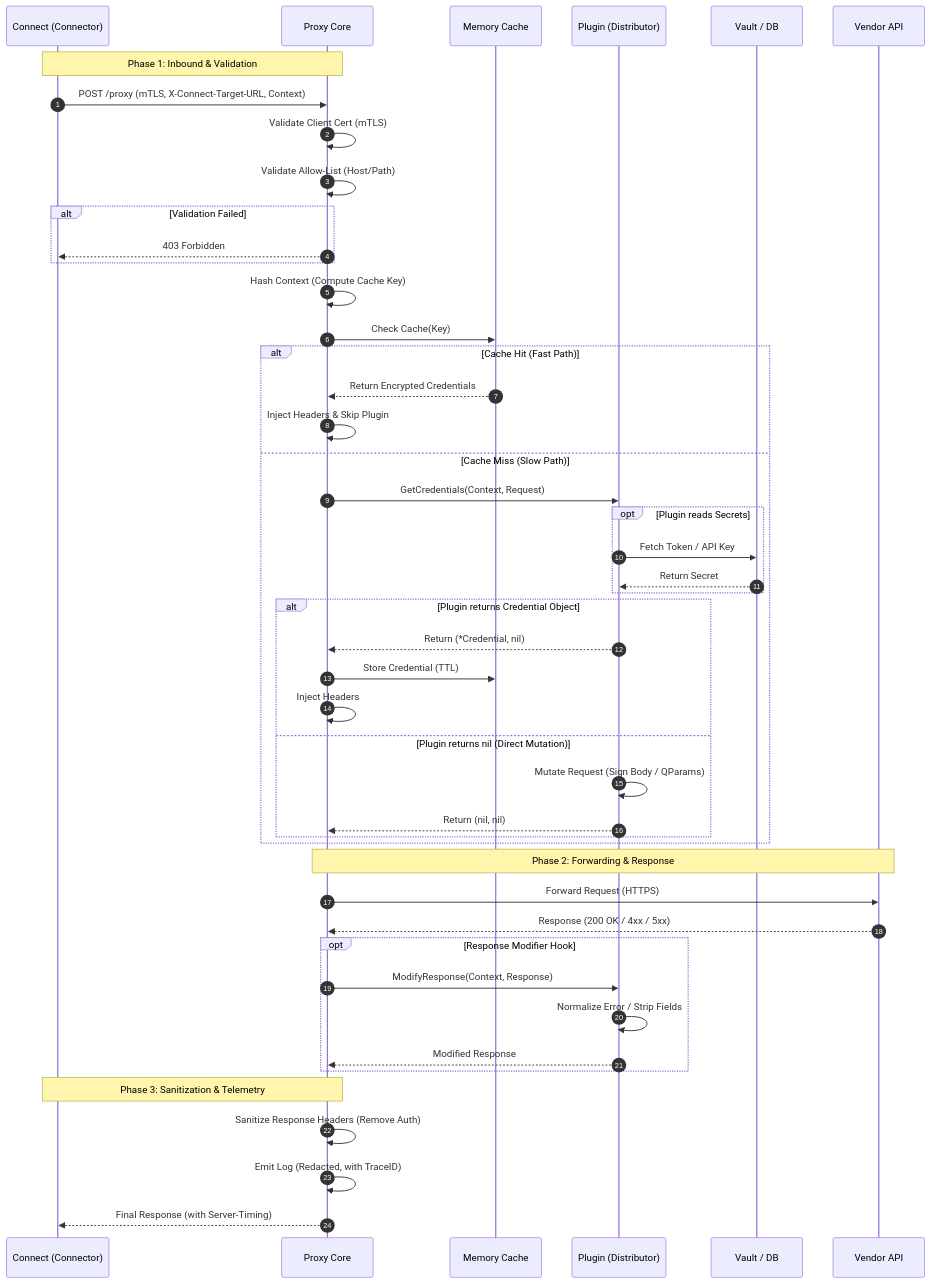
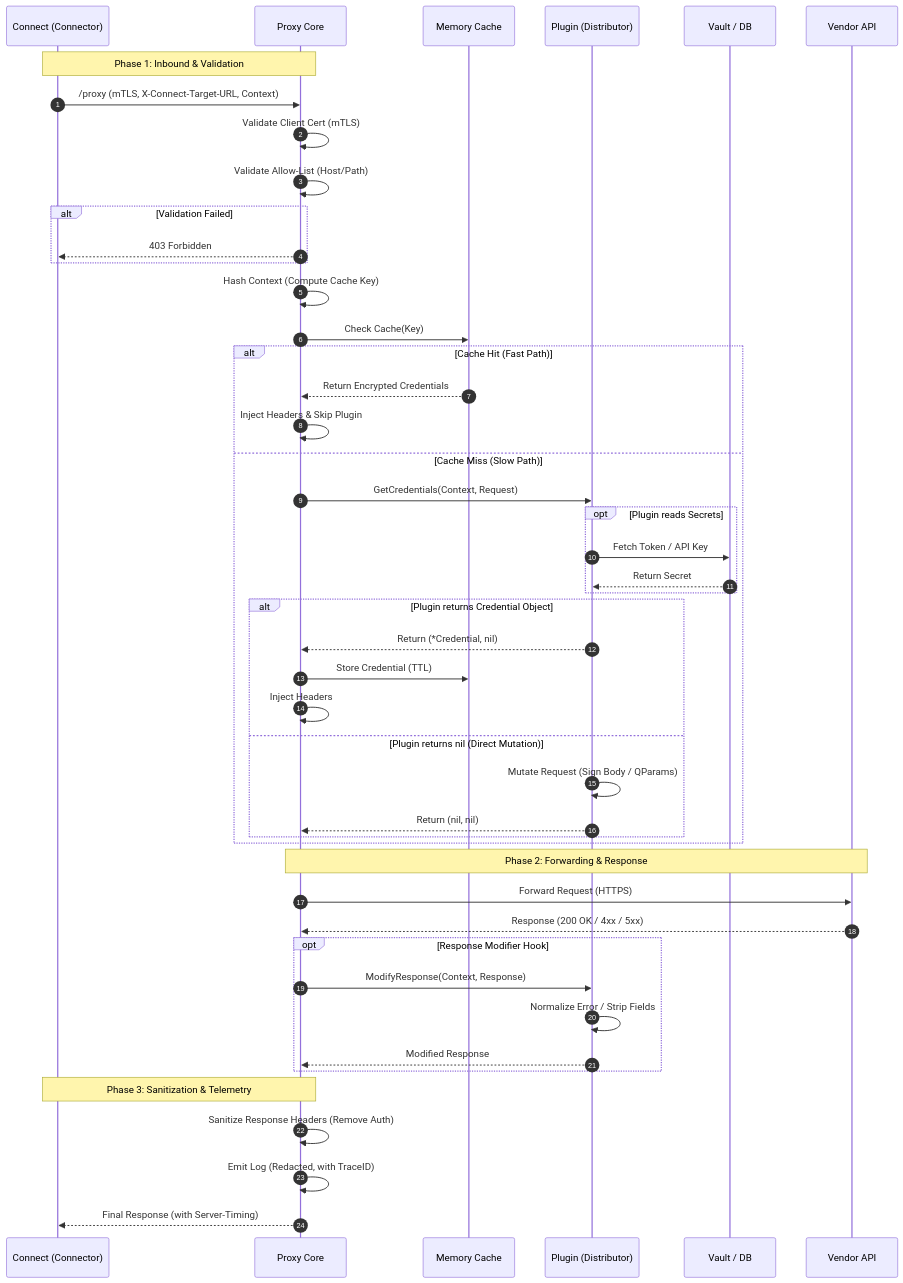
The second of 2 diagrams in docs/DESIGN-SPECIFICATION.md (cloudblue/chaperone), drawn with Mermaid before and after one commit. The commit also changed other lines of this file and 7 other files, not shown here.

````diff
--- a/docs/DESIGN-SPECIFICATION.md
+++ b/docs/DESIGN-SPECIFICATION.md
@@ -235,61 +236,61 @@
 ```mermaid
 sequenceDiagram
     autonumber
     participant C as Connect (Connector)
     participant PC as Proxy Core
     participant Mem as Memory Cache
     participant P as Plugin (Distributor)
     participant V as Vault / DB
     participant ISV as Vendor API
 
     Note over C, PC: Phase 1: Inbound & Validation
 
-    C->>PC: POST /proxy (mTLS, X-Connect-Target-URL, Context)
+    C->>PC: /proxy (mTLS, X-Connect-Target-URL, Context)
     PC->>PC: Validate Client Cert (mTLS)
     PC->>PC: Validate Allow-List (Host/Path)
     
     alt Validation Failed
         PC-->>C: 403 Forbidden
     end
 
     PC->>PC: Hash Context (Compute Cache Key)
     PC->>Mem: Check Cache(Key)
 
     alt Cache Hit (Fast Path)
         Mem-->>PC: Return Encrypted Credentials
         PC->>PC: Inject Headers & Skip Plugin
     else Cache Miss (Slow Path)
         PC->>P: GetCredentials(Context, Request)
         
         opt Plugin reads Secrets
             P->>V: Fetch Token / API Key
             V-->>P: Return Secret
         end
 
         alt Plugin returns Credential Object
             P-->>PC: Return (*Credential, nil)
             PC->>Mem: Store Credential (TTL)
             PC->>PC: Inject Headers
         else Plugin returns nil (Direct Mutation)
             P->>P: Mutate Request (Sign Body / QParams)
             P-->>PC: Return (nil, nil)
         end
     end
 
     Note over PC, ISV: Phase 2: Forwarding & Response
 
     PC->>ISV: Forward Request (HTTPS)
     ISV-->>PC: Response (200 OK / 4xx / 5xx)
 
     opt Response Modifier Hook
         PC->>P: ModifyResponse(Context, Response)
         P->>P: Normalize Error / Strip Fields
         P-->>PC: Modified Response
     end
 
     Note over PC, C: Phase 3: Sanitization & Telemetry
 
     PC->>PC: Sanitize Response Headers (Remove Auth)
     PC->>PC: Emit Log (Redacted, with TraceID)
     PC-->>C: Final Response (with Server-Timing)
 ```
````
